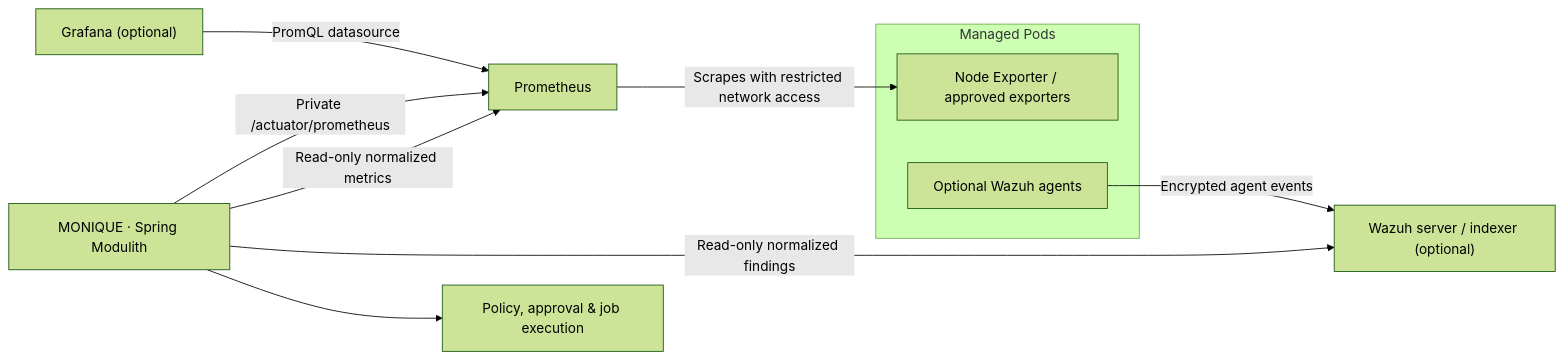
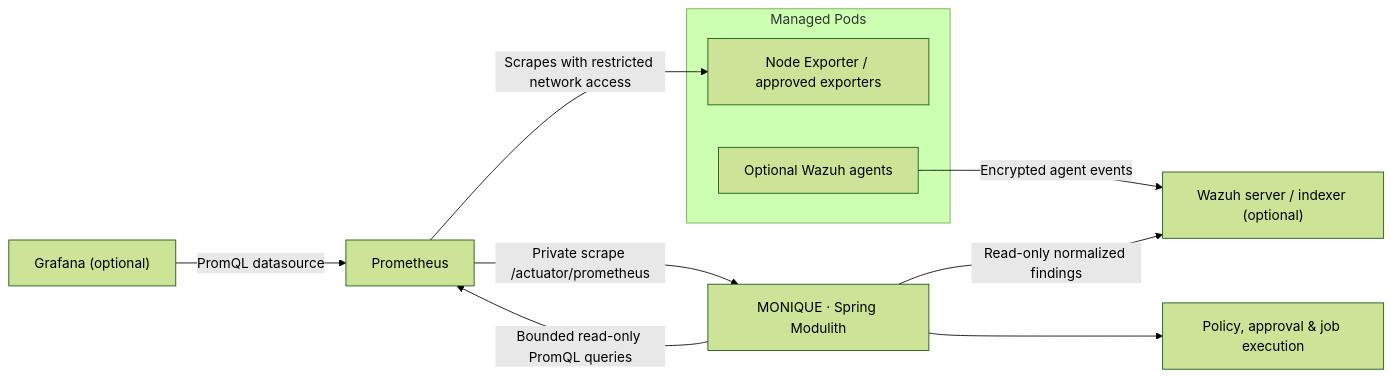
Before and after one commit to OreoStudios/MONIQUE-AI-Infrastructure-Server-Administrator: the second of 6 diagrams in README.md, drawn with Mermaid (forest theme). The commit also changed 1 other file, not shown here.

Commit message:
docs: correct Prometheus scrape/query direction in monitoring diagrams

````diff
--- a/README.md
+++ b/README.md
@@ -82,14 +82,14 @@
 ```mermaid
 flowchart LR
   subgraph Hosts["Managed Pods"]
     Exporters["Node Exporter / approved exporters"]
     Agents["Optional Wazuh agents"]
   end
-  Monique["MONIQUE · Spring Modulith"] -->|"Private /actuator/prometheus"| Prom["Prometheus"]
+  Prom["Prometheus"] -->|"Private scrape /actuator/prometheus"| Monique["MONIQUE · Spring Modulith"]
   Prom -->|"Scrapes with restricted network access"| Exporters
   Grafana["Grafana (optional)"] -->|"PromQL datasource"| Prom
   Agents -->|"Encrypted agent events"| Wazuh["Wazuh server / indexer (optional)"]
-  Monique -->|"Read-only normalized metrics"| Prom
+  Monique -->|"Bounded read-only PromQL queries"| Prom
   Monique -->|"Read-only normalized findings"| Wazuh
   Monique --> Guard["Policy, approval & job execution"]
 ```
````
